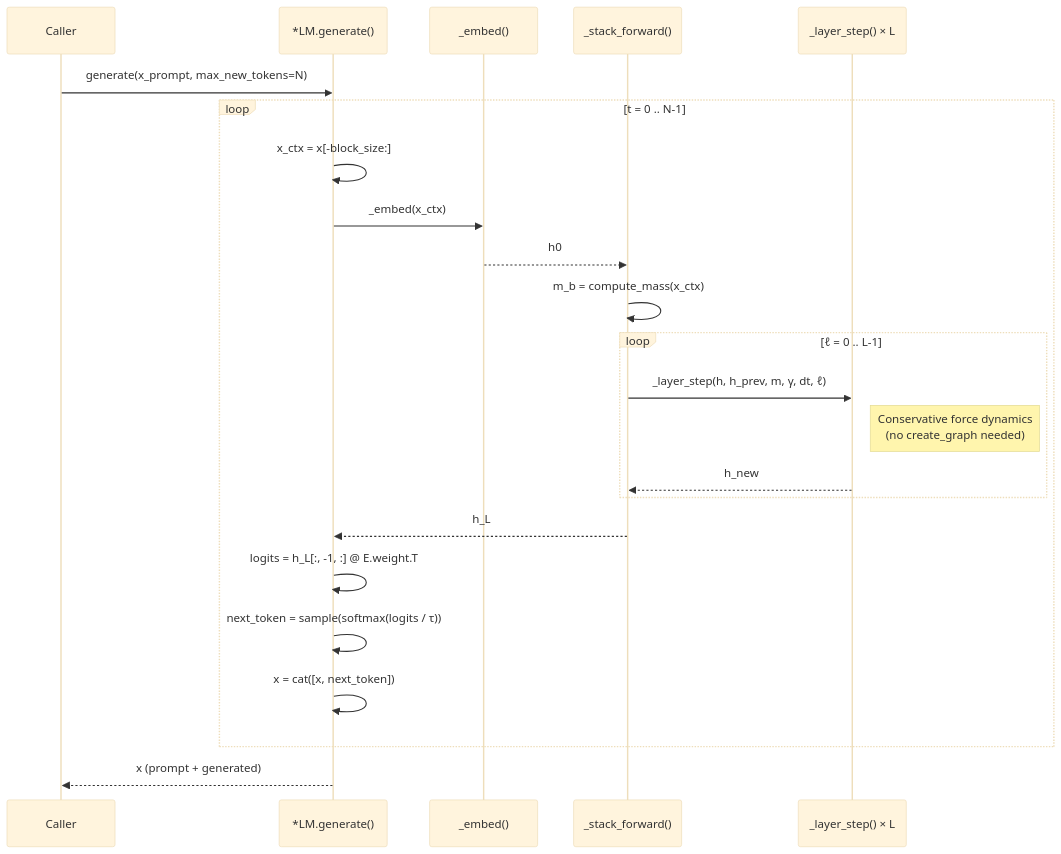
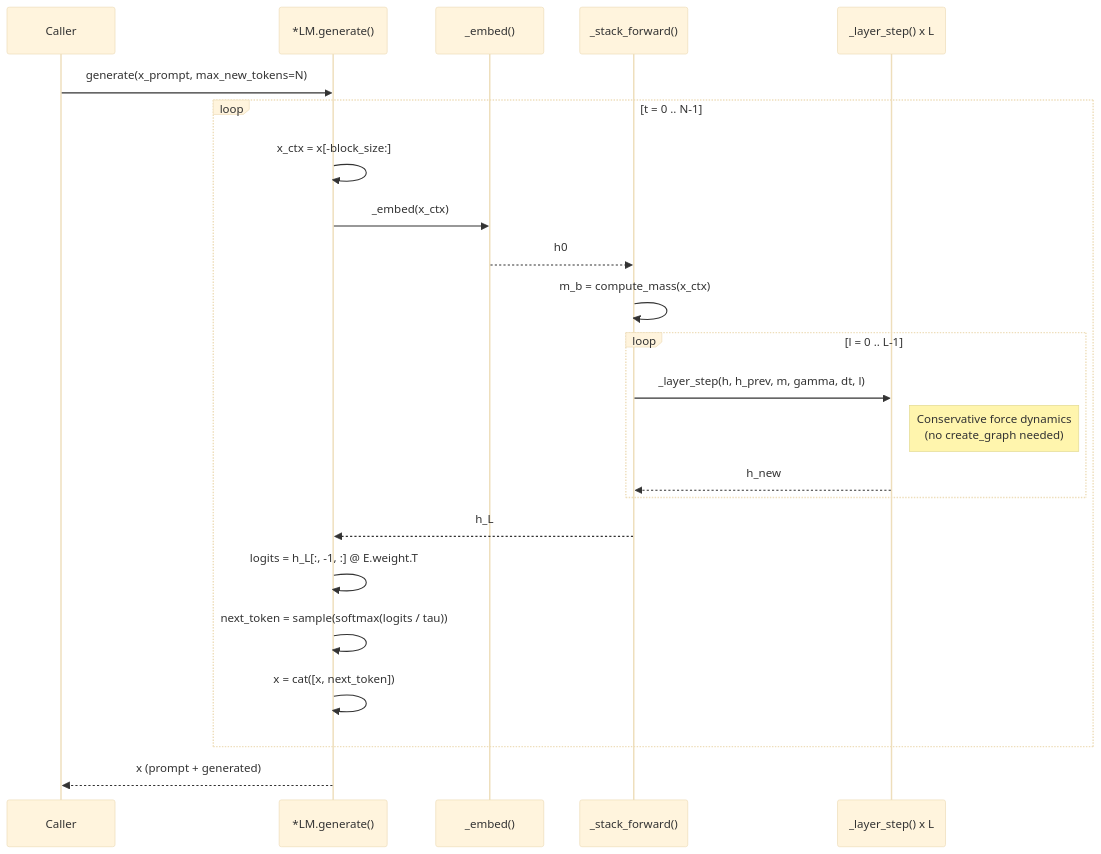
One commit to dimitarpg13/semsimula-paper changed diagram 17 of 17 in SOFTWARE_ARCHITECTURE.md. Above: the diagram before and after it, drawn with Mermaid (base theme). The commit also changed other lines of this file, not shown here.

Commit message:
add software class diagrams markdown

````diff
--- a/SOFTWARE_ARCHITECTURE.md
+++ b/SOFTWARE_ARCHITECTURE.md
@@ -1118,30 +1165,30 @@
 ```mermaid
 sequenceDiagram
     participant User as Caller
     participant Model as *LM.generate()
     participant Embed as _embed()
     participant Stack as _stack_forward()
-    participant Layer as _layer_step() × L
+    participant Layer as _layer_step() x L
 
     User->>Model: generate(x_prompt, max_new_tokens=N)
 
     loop t = 0 .. N-1
         Model->>Model: x_ctx = x[-block_size:]
         Model->>Embed: _embed(x_ctx)
         Embed-->>Stack: h0
 
         Stack->>Stack: m_b = compute_mass(x_ctx)
-        loop ℓ = 0 .. L-1
-            Stack->>Layer: _layer_step(h, h_prev, m, γ, dt, ℓ)
-            Note right of Layer: Conservative force dynamics<br/>(no create_graph needed)
+        loop l = 0 .. L-1
+            Stack->>Layer: _layer_step(h, h_prev, m, gamma, dt, l)
+            Note right of Layer: Conservative force dynamics<br>(no create_graph needed)
             Layer-->>Stack: h_new
         end
         Stack-->>Model: h_L
 
         Model->>Model: logits = h_L[:, -1, :] @ E.weight.T
-        Model->>Model: next_token = sample(softmax(logits / τ))
+        Model->>Model: next_token = sample(softmax(logits / tau))
         Model->>Model: x = cat([x, next_token])
     end
 
     Model-->>User: x (prompt + generated)
 ```
````
